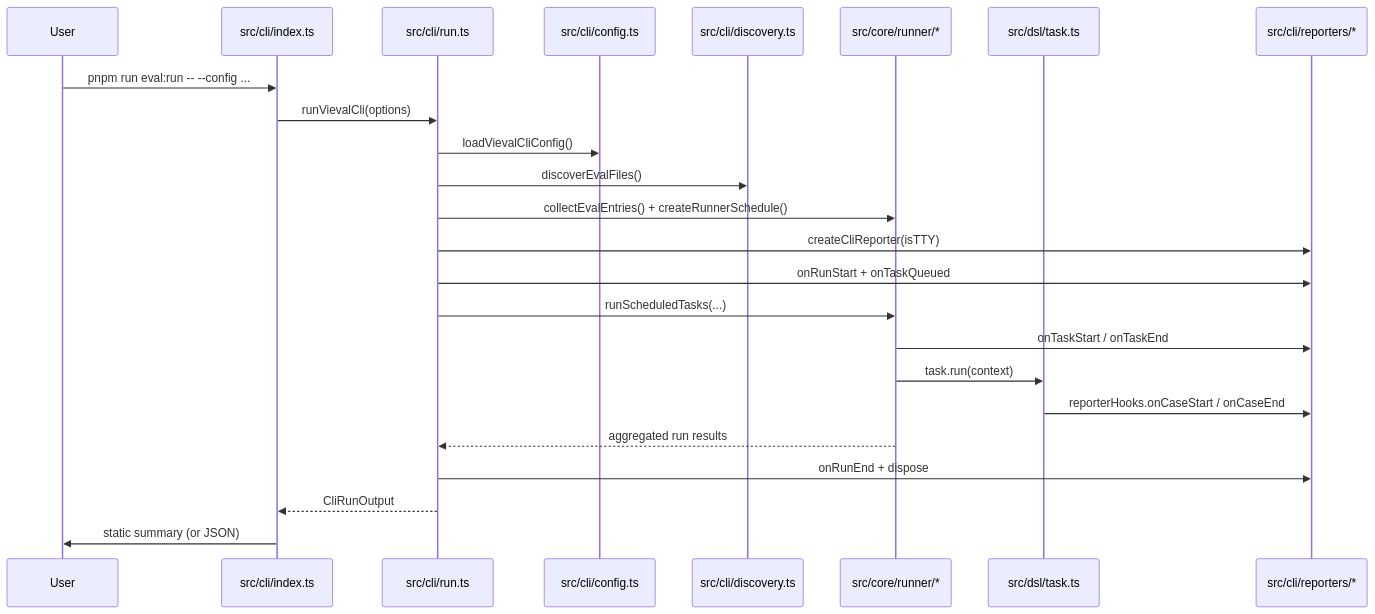
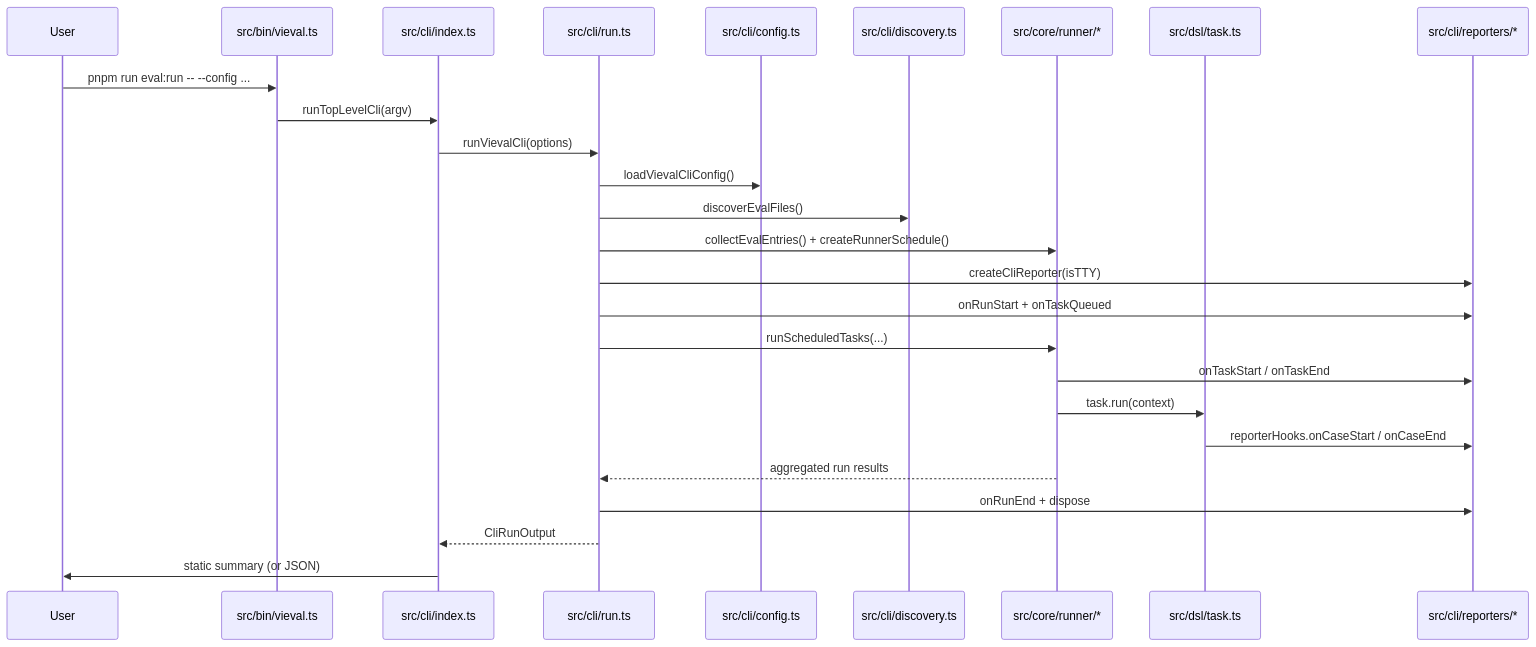
The second of 2 diagrams in packages/vieval/README.md (vieval-dev/vieval), drawn with Mermaid before and after one commit. The commit also changed other lines of this file and 5 other files, not shown here.

````diff
--- a/packages/vieval/README.md
+++ b/packages/vieval/README.md
@@ -131,27 +132,29 @@
 ```mermaid
 sequenceDiagram
   participant U as User
+  participant B as src/bin/vieval.ts
   participant C as src/cli/index.ts
   participant R as src/cli/run.ts
   participant L as src/cli/config.ts
   participant D as src/cli/discovery.ts
   participant S as src/core/runner/*
   participant T as src/dsl/task.ts
   participant P as src/cli/reporters/*
 
-  U->>C: pnpm run eval:run -- --config ...
+  U->>B: pnpm run eval:run -- --config ...
+  B->>C: runTopLevelCli(argv)
   C->>R: runVievalCli(options)
   R->>L: loadVievalCliConfig()
   R->>D: discoverEvalFiles()
   R->>S: collectEvalEntries() + createRunnerSchedule()
   R->>P: createCliReporter(isTTY)
   R->>P: onRunStart + onTaskQueued
   R->>S: runScheduledTasks(...)
   S->>P: onTaskStart / onTaskEnd
   S->>T: task.run(context)
   T->>P: reporterHooks.onCaseStart / onCaseEnd
   S-->>R: aggregated run results
   R->>P: onRunEnd + dispose
   R-->>C: CliRunOutput
   C->>U: static summary (or JSON)
 ```
````
